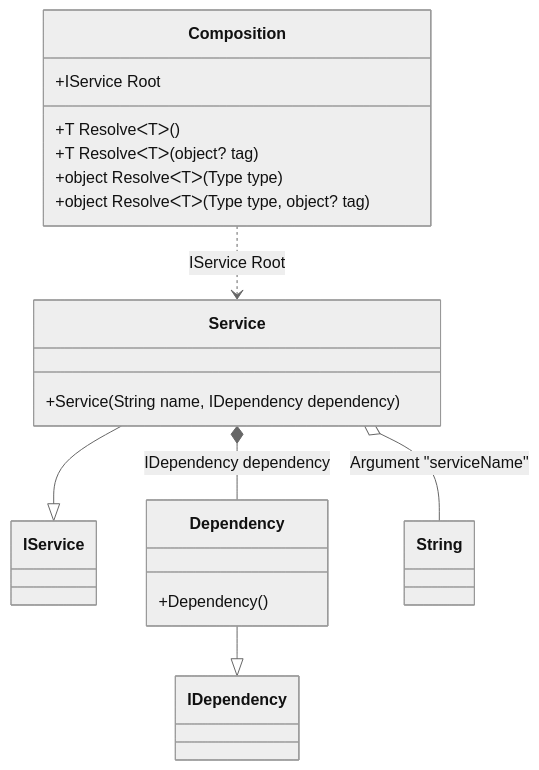
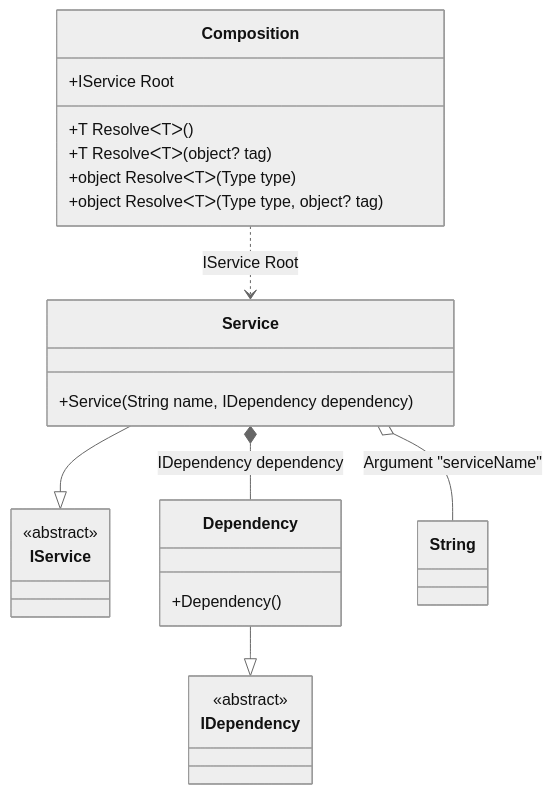
The sixth of 35 diagrams in readme/Examples.md (DevTeam/Pure.DI), drawn with Mermaid (neutral theme) before and after one commit. The commit also changed other lines of this file and 3 other files, not shown here.

````diff
--- a/readme/Examples.md
+++ b/readme/Examples.md
@@ -420,22 +453,28 @@
 ```mermaid
 classDiagram
-class Composition {
-+IService Root
-+T ResolveᐸTᐳ()
-+T ResolveᐸTᐳ(object? tag)
-+object ResolveᐸTᐳ(Type type)
-+object ResolveᐸTᐳ(Type type, object? tag)
-}
-Service --|> IService : 
-class Service {
-+Service(String name, IDependency dependency)
-}
-Dependency --|> IDependency : 
-class Dependency {
-+Dependency()
-}
-class String
-Service o-- String : Argument "serviceName"
-Service *--  Dependency : IDependency dependency
-Composition ..> Service : IService Root
+  class Composition {
+    +IService Root
+    +T ResolveᐸTᐳ()
+    +T ResolveᐸTᐳ(object? tag)
+    +object ResolveᐸTᐳ(Type type)
+    +object ResolveᐸTᐳ(Type type, object? tag)
+  }
+  Service --|> IService : 
+  class Service {
+    +Service(String name, IDependency dependency)
+  }
+  Dependency --|> IDependency : 
+  class Dependency {
+    +Dependency()
+  }
+  class String
+  class IService {
+    <<abstract>>
+  }
+  class IDependency {
+    <<abstract>>
+  }
+  Service o-- String : Argument "serviceName"
+  Service *--  Dependency : IDependency dependency
+  Composition ..> Service : IService Root
 ```
````
